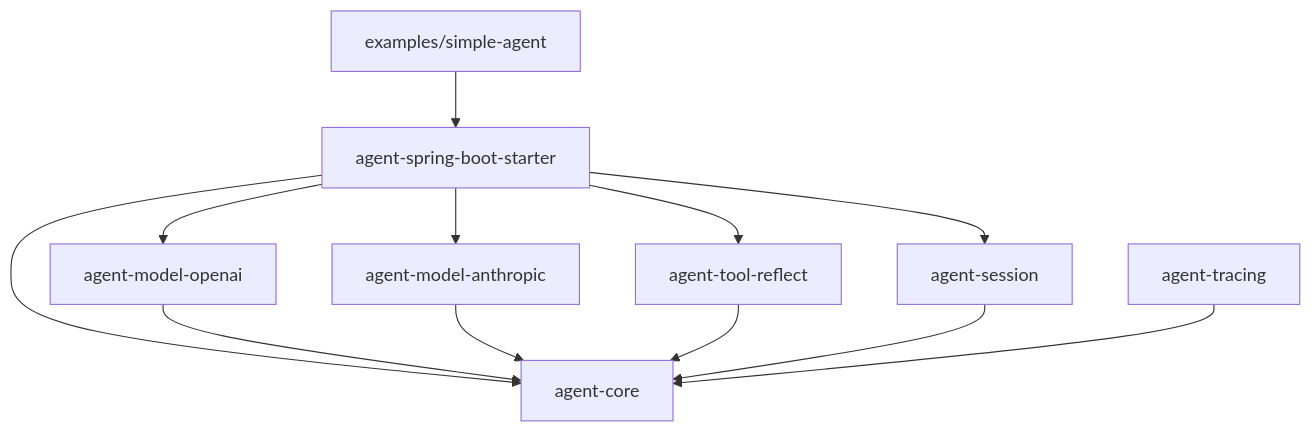
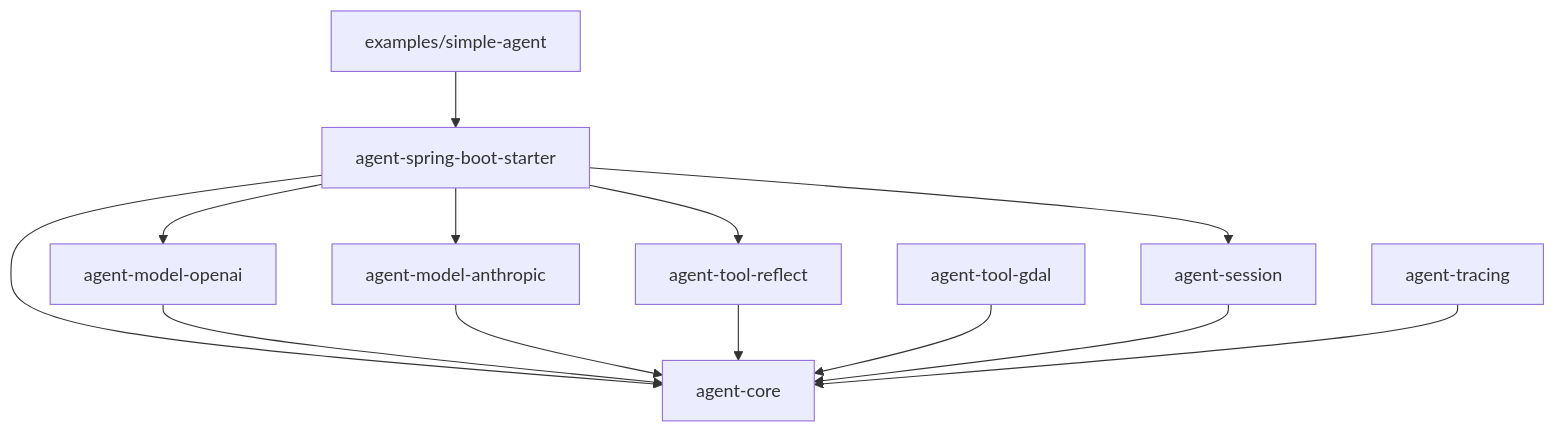
The diagram in README-ZH.md (Ariza-ye/air-agent), drawn with Mermaid before and after one commit. The commit also changed other lines of this file and 10 other files, not shown here.

First line of the commit message:
feat(agent-tool-gdal): 新增 GDAL 工具模块及命令解析

````diff
--- a/README-ZH.md
+++ b/README-ZH.md
@@ -57,14 +59,15 @@
 ```mermaid
 flowchart TD
     Example["examples/simple-agent"] --> Starter["agent-spring-boot-starter"]
     Starter --> Core["agent-core"]
     Starter --> OpenAI["agent-model-openai"]
     Starter --> Anthropic["agent-model-anthropic"]
     Starter --> Reflect["agent-tool-reflect"]
     Starter --> Session["agent-session"]
     OpenAI --> Core
     Anthropic --> Core
     Reflect --> Core
+    Gdal["agent-tool-gdal"] --> Core
     Session --> Core
     Tracing["agent-tracing"] --> Core
 ```
````
